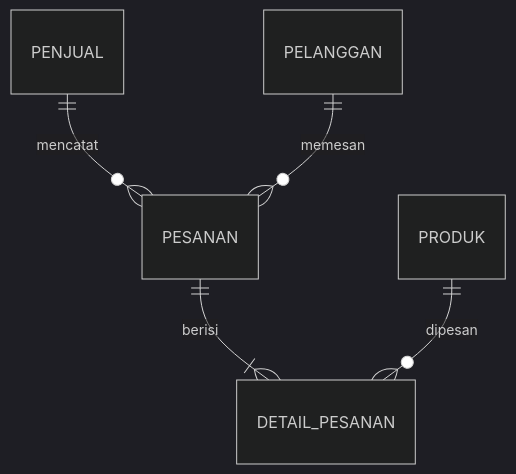
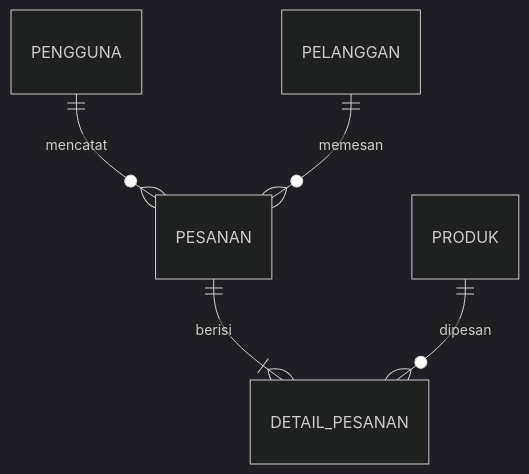
The diagram in README.md (d0nqiote/Project-PBO), drawn with Mermaid (dark theme) before and after one commit. The commit also changed other lines of this file and 5 other files, not shown here.

````diff
--- a/README.md
+++ b/README.md
@@ -131,7 +117,7 @@
 ```mermaid
 erDiagram
-    PENJUAL ||--o{ PESANAN : mencatat
+    PENGGUNA ||--o{ PESANAN : mencatat
     PELANGGAN ||--o{ PESANAN : memesan
     PESANAN ||--|{ DETAIL_PESANAN : berisi
     PRODUK ||--o{ DETAIL_PESANAN : dipesan
 ```
````
